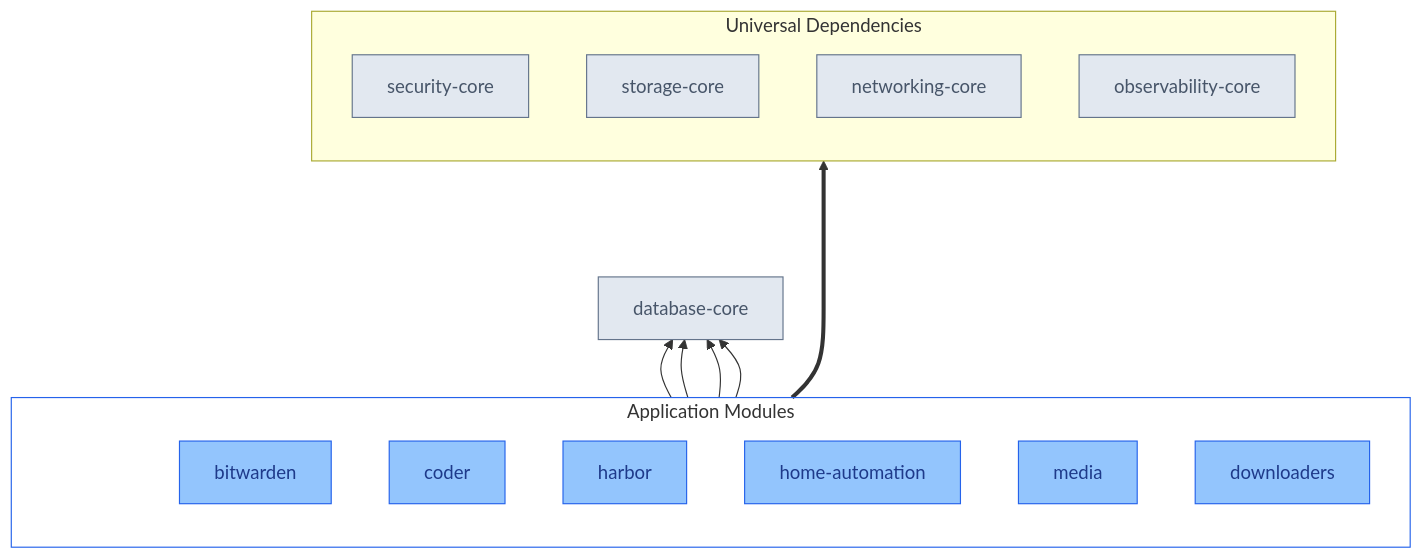
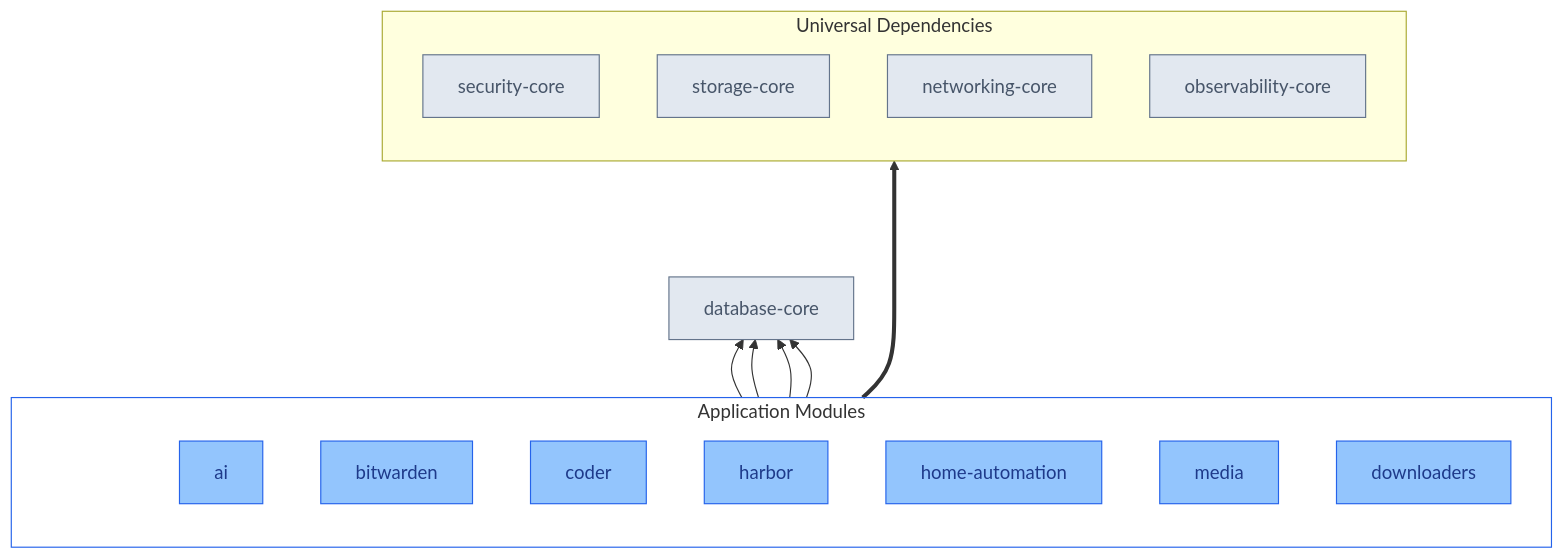
The diagram in apps/README.md (ppat/homelab-ops-kubernetes-apps), drawn with Mermaid before and after one commit. The commit also changed other lines of this file and 19 other files, not shown here.

````diff
--- a/apps/README.md
+++ b/apps/README.md
@@ -19,44 +20,45 @@
 ```mermaid
 flowchart BT
     %% Color scheme - infrastructure less prominent than apps
     classDef infra fill:#e2e8f0,stroke:#64748b,color:#475569
     classDef apps fill:#93c5fd,stroke:#2563eb,color:#1e3a8a
     classDef universal fill:none,stroke:#64748b
     classDef appbox fill:none,stroke:#2563eb
     classDef invisible fill:none,stroke:none
 
     %% Universal Infrastructure Layer
     subgraph UniversalDeps["Universal Dependencies"]
         direction TB
         security[security-core]:::infra
         storage[storage-core]:::infra
         networking[networking-core]:::infra
         observability[observability-core]:::infra
     end
     class UniversalDeps universal
 
     %% Database (specific dependency)
     database[database-core]:::infra
 
     %% Apps Layer with visible border
     subgraph Apps["Application Modules"]
         direction TB
         apps_connection[ ]:::invisible
+        ai[ai]:::apps
         bitwarden[bitwarden]:::apps
         coder[coder]:::apps
         harbor[harbor]:::apps
         home-automation[home-automation]:::apps
         media[media]:::apps
         downloaders[downloaders]:::apps
     end
     class Apps appbox
 
     %% Universal Dependencies (every app) with thicker arrow from connection point
     apps_connection ====> UniversalDeps
 
     %% Specific Database Dependencies
     coder --> database
     downloaders --> database
     harbor --> database
     home-automation --> database
 ```
````
